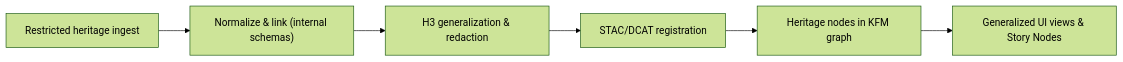
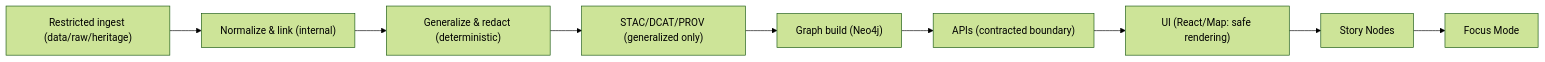
Before and after one commit to bartytime4life/Kansas-Frontier-Matrix: the second of 2 diagrams in docs/MASTER_GUIDE_v11.md, drawn with Mermaid (forest theme). The commit also changed other lines of this file, not shown here.

```diff
--- a/docs/MASTER_GUIDE_v11.md
+++ b/docs/MASTER_GUIDE_v11.md
@@ -794,9 +757,11 @@
 ~~~mermaid
 flowchart LR
-    INGEST["Restricted heritage ingest"]
-        --> NORM["Normalize & link (internal schemas)"]
-    NORM --> MASK["H3 generalization & redaction"]
-    MASK --> CATALOG["STAC/DCAT registration"]
-    CATALOG --> GRAPH["Heritage nodes in KFM graph"]
-    GRAPH --> VIZ["Generalized UI views & Story Nodes"]
+    INGEST["Restricted ingest (data/raw/heritage)"] --> NORM["Normalize & link (internal)"]
+    NORM --> MASK["Generalize & redact (deterministic)"]
+    MASK --> CAT["STAC/DCAT/PROV (generalized only)"]
+    CAT --> GRAPH["Graph build (Neo4j)"]
+    GRAPH --> API["APIs (contracted boundary)"]
+    API --> UI["UI (React/Map: safe rendering)"]
+    UI --> STORY["Story Nodes"]
+    STORY --> FOCUS["Focus Mode"]
 ~~~
```
